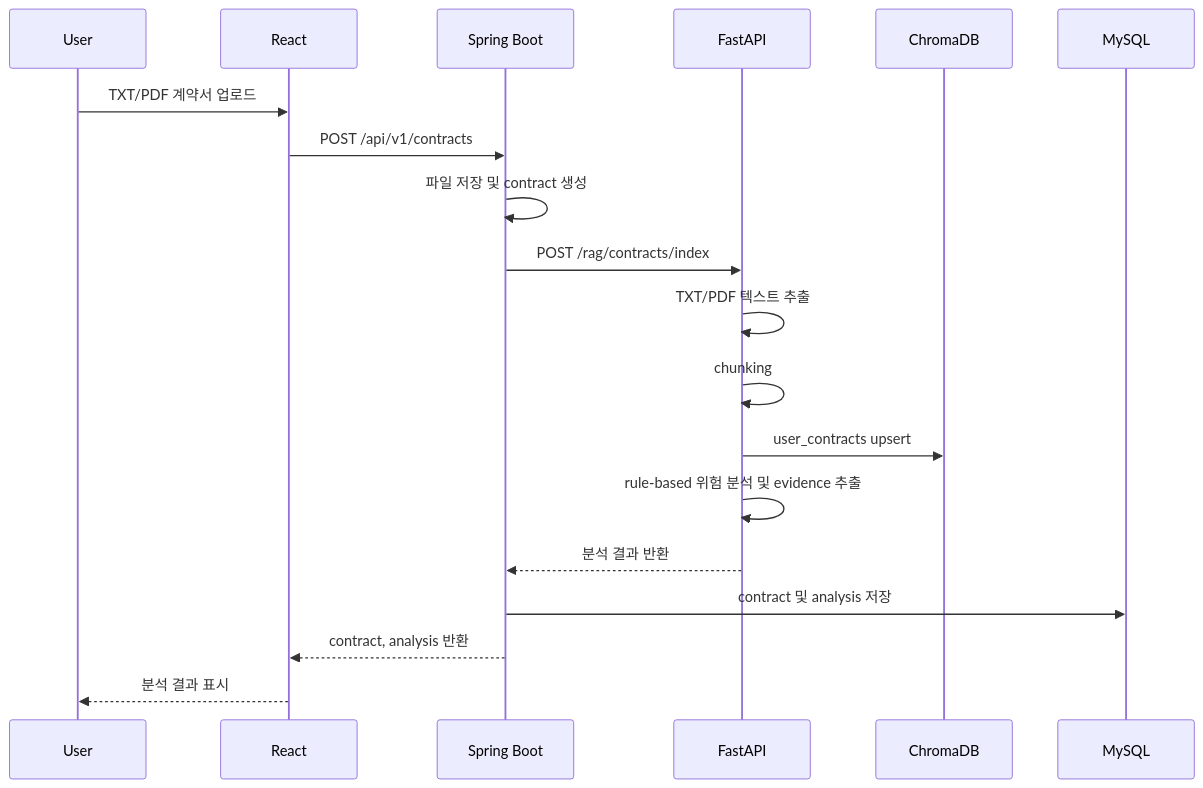
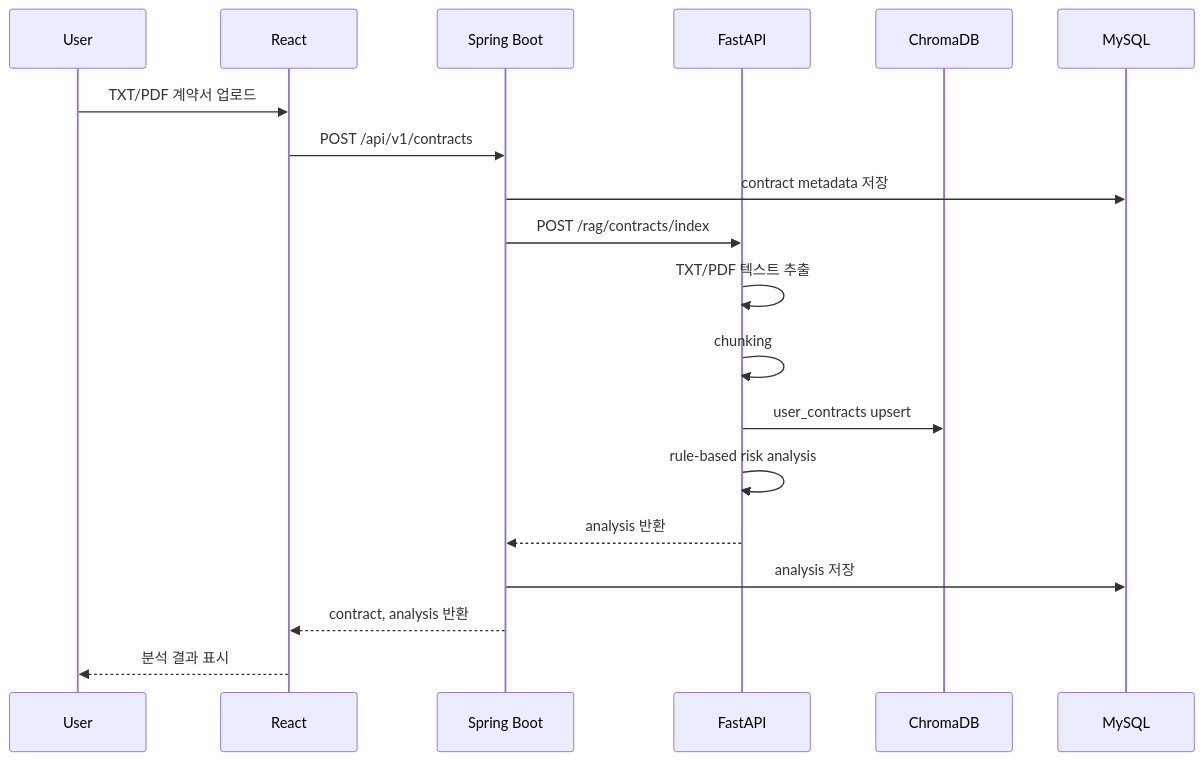
One commit to bladerunner3201/leaseguard-ai changed the second of 7 diagrams in README.md. Above: the diagram before and after it, drawn with Mermaid. The commit also changed other lines of this file and 4 other files, not shown here.

````diff
--- a/README.md
+++ b/README.md
@@ -121,22 +124,22 @@
 ```mermaid
 sequenceDiagram
     participant U as User
     participant R as React
     participant S as Spring Boot
     participant F as FastAPI
     participant C as ChromaDB
     participant M as MySQL
 
     U->>R: TXT/PDF 계약서 업로드
     R->>S: POST /api/v1/contracts
-    S->>S: 파일 저장 및 contract 생성
+    S->>M: contract metadata 저장
     S->>F: POST /rag/contracts/index
     F->>F: TXT/PDF 텍스트 추출
     F->>F: chunking
     F->>C: user_contracts upsert
-    F->>F: rule-based 위험 분석 및 evidence 추출
-    F-->>S: 분석 결과 반환
-    S->>M: contract 및 analysis 저장
+    F->>F: rule-based risk analysis
+    F-->>S: analysis 반환
+    S->>M: analysis 저장
     S-->>R: contract, analysis 반환
     R-->>U: 분석 결과 표시
 ```
````
